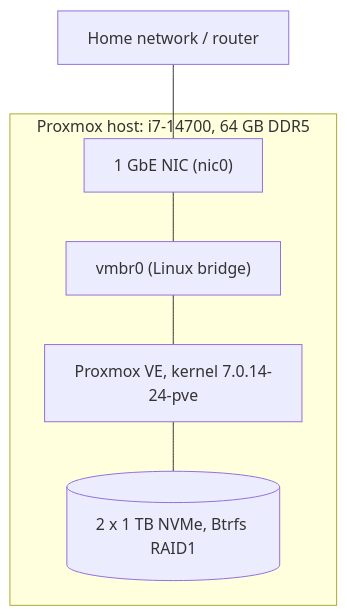
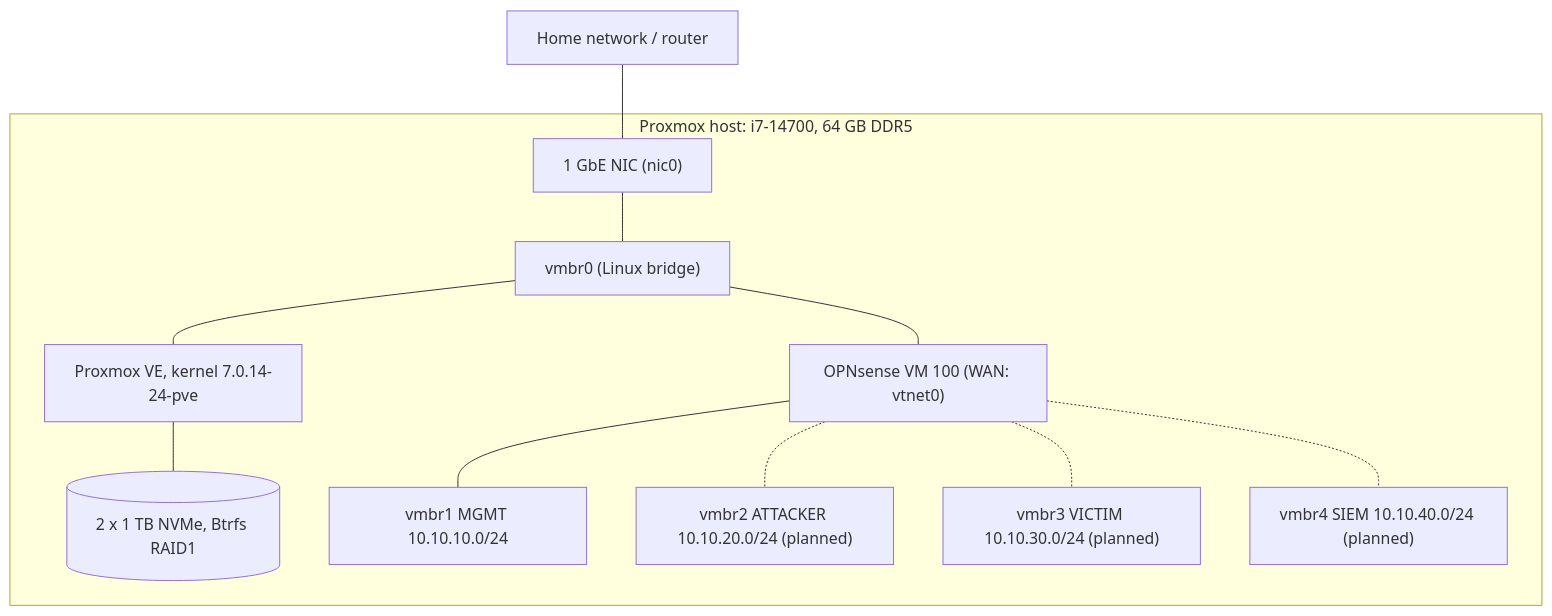
The diagram in README.md (Shawn-Nichol/Cybersecuirty-homelab), drawn with Mermaid before and after one commit. The commit also changed other lines of this file, not shown here.

````diff
--- a/README.md
+++ b/README.md
@@ -9,9 +9,14 @@
 ```mermaid
 flowchart TB
     LAN["Home network / router"] --- NIC["1 GbE NIC (nic0)"]
     subgraph HOST["Proxmox host: i7-14700, 64 GB DDR5"]
         NIC --- BR["vmbr0 (Linux bridge)"]
         BR --- PVE["Proxmox VE, kernel 7.0.14-24-pve"]
         PVE --- STO[("2 x 1 TB NVMe, Btrfs RAID1")]
+        BR --- FW["OPNsense VM 100 (WAN: vtnet0)"]
+        FW --- MGMT["vmbr1 MGMT 10.10.10.0/24"]
+        FW -.- ATK["vmbr2 ATTACKER 10.10.20.0/24 (planned)"]
+        FW -.- VIC["vmbr3 VICTIM 10.10.30.0/24 (planned)"]
+        FW -.- SIEM["vmbr4 SIEM 10.10.40.0/24 (planned)"]
     end
 ```
````
